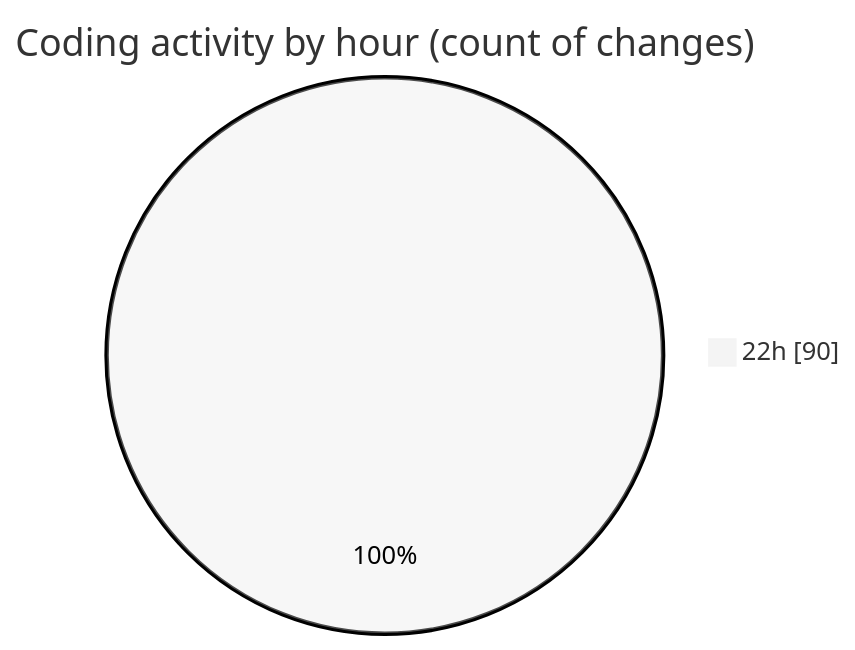
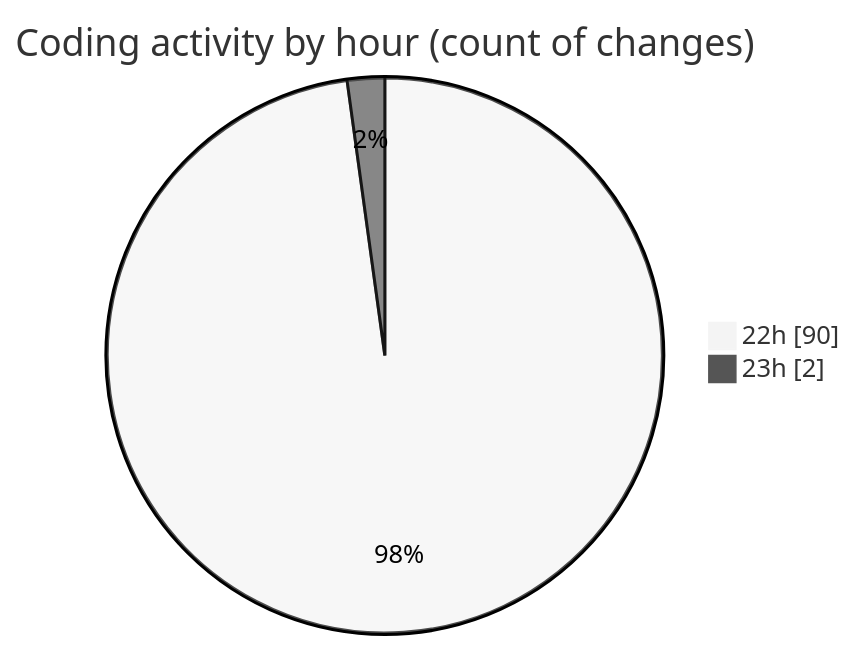
The second of 2 diagrams in 2025-08-01/javascript/README.md (Ritupan-Deka/code-tracking), drawn with Mermaid (neutral theme) before and after one commit. The commit also changed other lines of this file and 1 other file, not shown here.

````diff
--- a/2025-08-01/javascript/README.md
+++ b/2025-08-01/javascript/README.md
@@ -28,5 +28,6 @@
 ```mermaid
 pie showData
 title Coding activity by hour (count of changes)
 "22h" : 90
+"23h" : 2
 ```
````
